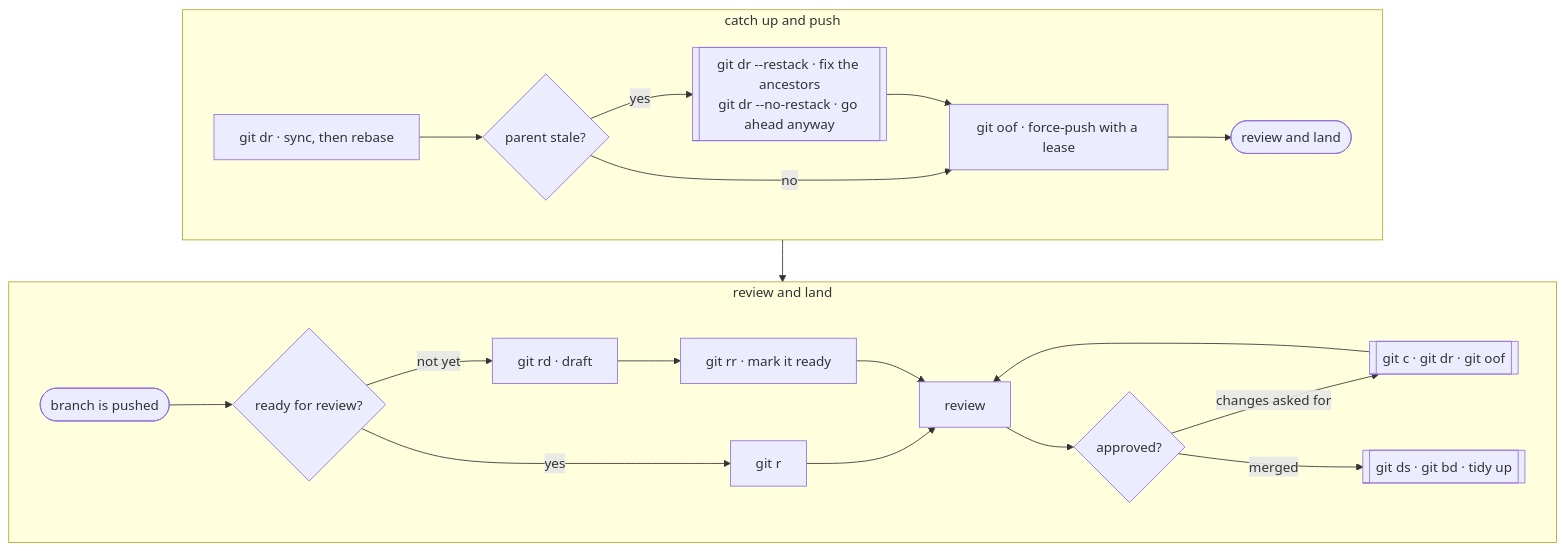
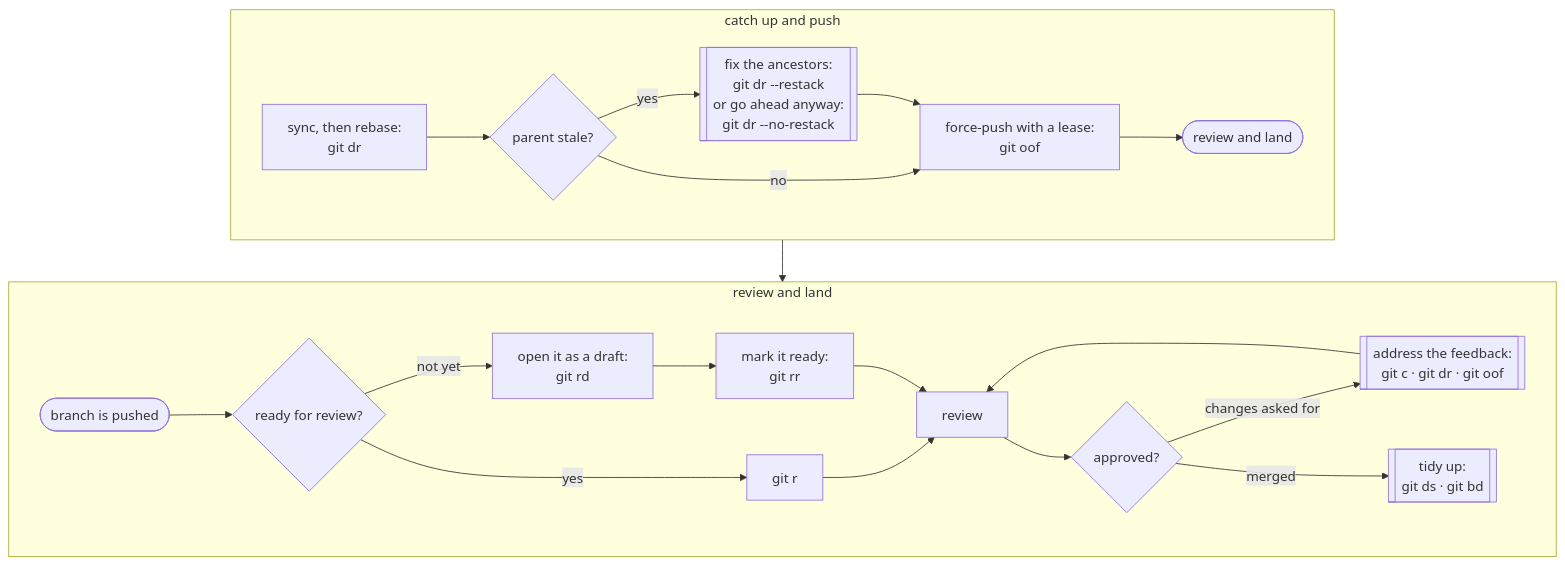
One commit to adrian-enspired/gitconfig changed the diagram in docs/opening-a-pull-request.md. Above: the diagram before and after it, drawn with Mermaid. The commit also changed 3 other files, not shown here.

````diff
--- a/docs/opening-a-pull-request.md
+++ b/docs/opening-a-pull-request.md
@@ -6,25 +6,25 @@
 ```mermaid
 flowchart TD
     subgraph one ["catch up and push"]
         direction LR
-        A["git dr · sync, then rebase"] --> B{parent stale?}
-        B -- yes --> C[["git dr --restack · fix the ancestors<br/>git dr --no-restack · go ahead anyway"]]
-        C --> D["git oof · force-push with a lease"]
+        A["sync, then rebase:<br/>git dr"] --> B{parent stale?}
+        B -- yes --> C[["fix the ancestors:<br/>git dr --restack<br/>or go ahead anyway:<br/>git dr --no-restack"]]
+        C --> D["force-push with a lease:<br/>git oof"]
         B -- no --> D
         D --> N(["review and land"])
     end
     subgraph two ["review and land"]
         direction LR
         E(["branch is pushed"]) --> F{ready for review?}
         F -- yes --> G["git r"]
-        F -- not yet --> H["git rd · draft"]
-        H --> I["git rr · mark it ready"]
+        F -- not yet --> H["open it as a draft:<br/>git rd"]
+        H --> I["mark it ready:<br/>git rr"]
         G --> J[review]
         I --> J
         J --> K{approved?}
-        K -- changes asked for --> L[["git c · git dr · git oof"]]
+        K -- changes asked for --> L[["address the feedback:<br/>git c · git dr · git oof"]]
         L --> J
-        K -- merged --> M[["git ds · git bd · tidy up"]]
+        K -- merged --> M[["tidy up:<br/>git ds · git bd"]]
     end
     one --> two
 ```
````
